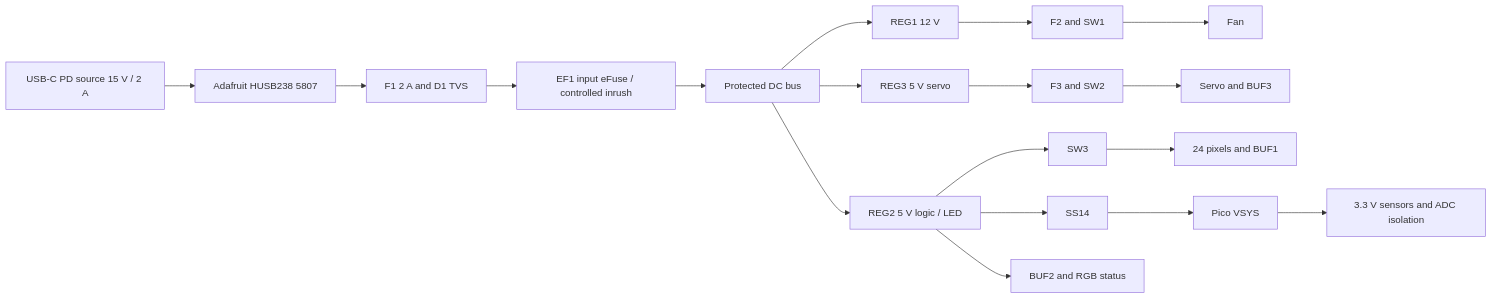
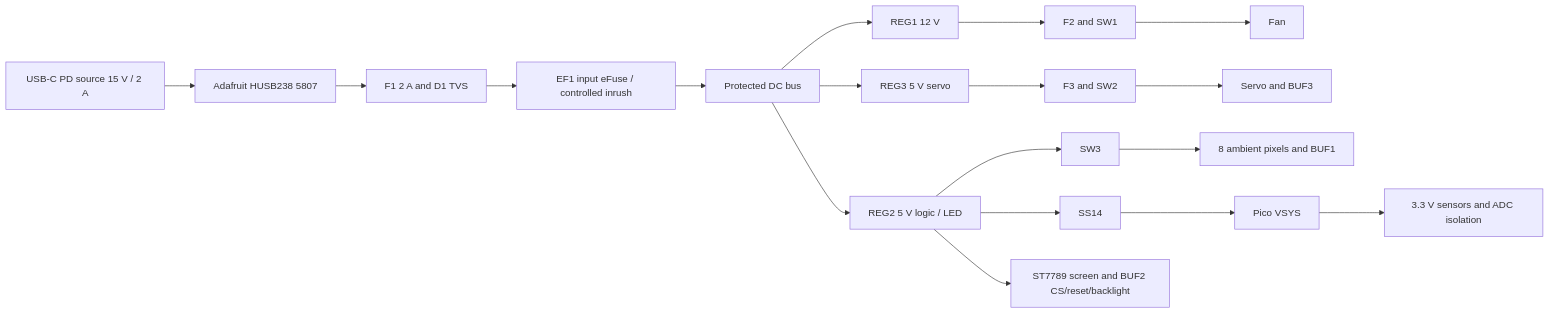
The diagram in hardware/wiring.md (ericxyuan/windflow), drawn with Mermaid before and after one commit. The commit also changed other lines of this file and 103 other files, not shown here.

````diff
--- a/hardware/wiring.md
+++ b/hardware/wiring.md
@@ -7,20 +7,20 @@
 ```mermaid
 flowchart LR
   P[USB-C PD source 15 V / 2 A] --> H[Adafruit HUSB238 5807]
   H --> F[F1 2 A and D1 TVS]
   F --> E[EF1 input eFuse / controlled inrush]
   E --> B[Protected DC bus]
   B --> R1[REG1 12 V]
   B --> R2[REG2 5 V logic / LED]
   B --> R3[REG3 5 V servo]
   R1 --> S1[F2 and SW1]
   S1 --> FAN[Fan]
   R3 --> S2[F3 and SW2]
   S2 --> SER[Servo and BUF3]
   R2 --> S3[SW3]
-  S3 --> LED[24 pixels and BUF1]
+  S3 --> LED[8 ambient pixels and BUF1]
   R2 --> D2[SS14]
   D2 --> MCU[Pico VSYS]
-  R2 --> ST[BUF2 and RGB status]
+  R2 --> TFT[ST7789 screen and BUF2 CS/reset/backlight]
   MCU --> V3[3.3 V sensors and ADC isolation]
 ```
````
